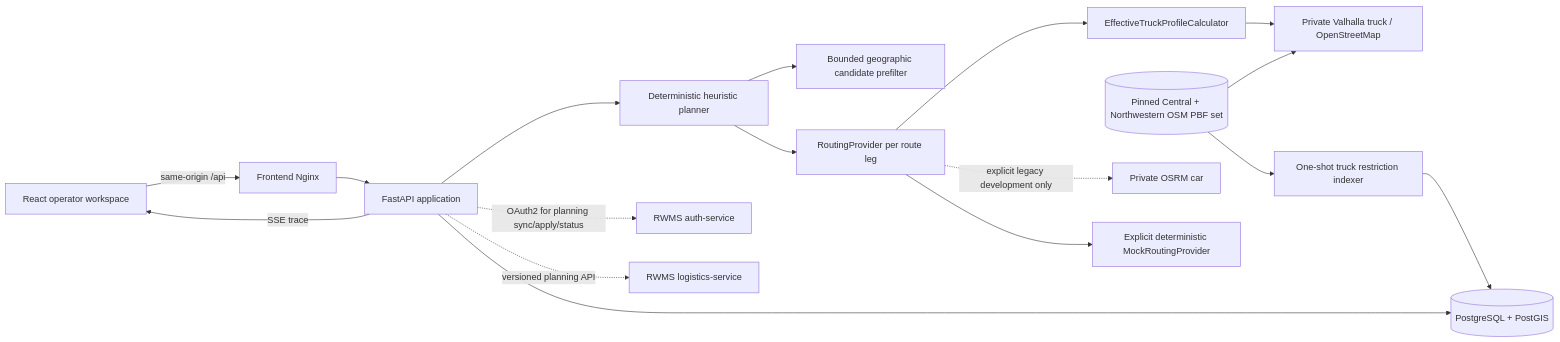
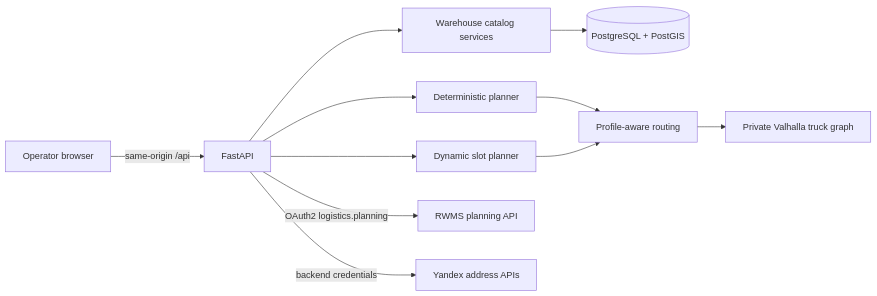
The diagram in logistics/docs/ARCHITECTURE.md (Buhanzaz/rwms), drawn with Mermaid before and after one commit. The commit also changed other lines of this file and 150 other files, not shown here.

Commit message:
Finish warehouse-rooted logistics planning

````diff
--- a/logistics/docs/ARCHITECTURE.md
+++ b/logistics/docs/ARCHITECTURE.md
@@ -8,19 +5,13 @@
 ```mermaid
 flowchart LR
-    Browser[React operator workspace] -->|same-origin /api| Nginx[Frontend Nginx]
-    Nginx --> FastAPI[FastAPI application]
-    FastAPI --> Planner[Deterministic heuristic planner]
-    Planner --> Prefilter[Bounded geographic candidate prefilter]
-    Planner --> Routing[RoutingProvider per route leg]
-    Routing --> Profile[EffectiveTruckProfileCalculator]
-    Profile --> Valhalla[Private Valhalla truck / OpenStreetMap]
-    PBF[(Pinned Central + Northwestern OSM PBF set)] --> Valhalla
-    PBF --> RestrictionIndexer[One-shot truck restriction indexer]
-    RestrictionIndexer --> PostGIS
-    Routing -. explicit legacy development only .-> OSRM[Private OSRM car]
-    Routing --> Mock[Explicit deterministic MockRoutingProvider]
-    FastAPI --> PostGIS[(PostgreSQL + PostGIS)]
-    FastAPI -. OAuth2 for planning sync/apply/status .-> Auth[RWMS auth-service]
-    FastAPI -. versioned planning API .-> Logistics[RWMS logistics-service]
-    FastAPI -->|SSE trace| Browser
+    Browser[Operator browser] -->|same-origin /api| FastAPI[FastAPI]
+    FastAPI --> Catalog[Warehouse catalog services]
+    FastAPI --> Planner[Deterministic planner]
+    FastAPI --> Slots[Dynamic slot planner]
+    Catalog --> PostGIS[(PostgreSQL + PostGIS)]
+    Planner --> Routing[Profile-aware routing]
+    Slots --> Routing
+    Routing --> Valhalla[Private Valhalla truck graph]
+    FastAPI -->|OAuth2 logistics.planning| RWMS[RWMS planning API]
+    FastAPI -->|backend credentials| Yandex[Yandex address APIs]
 ```
````
